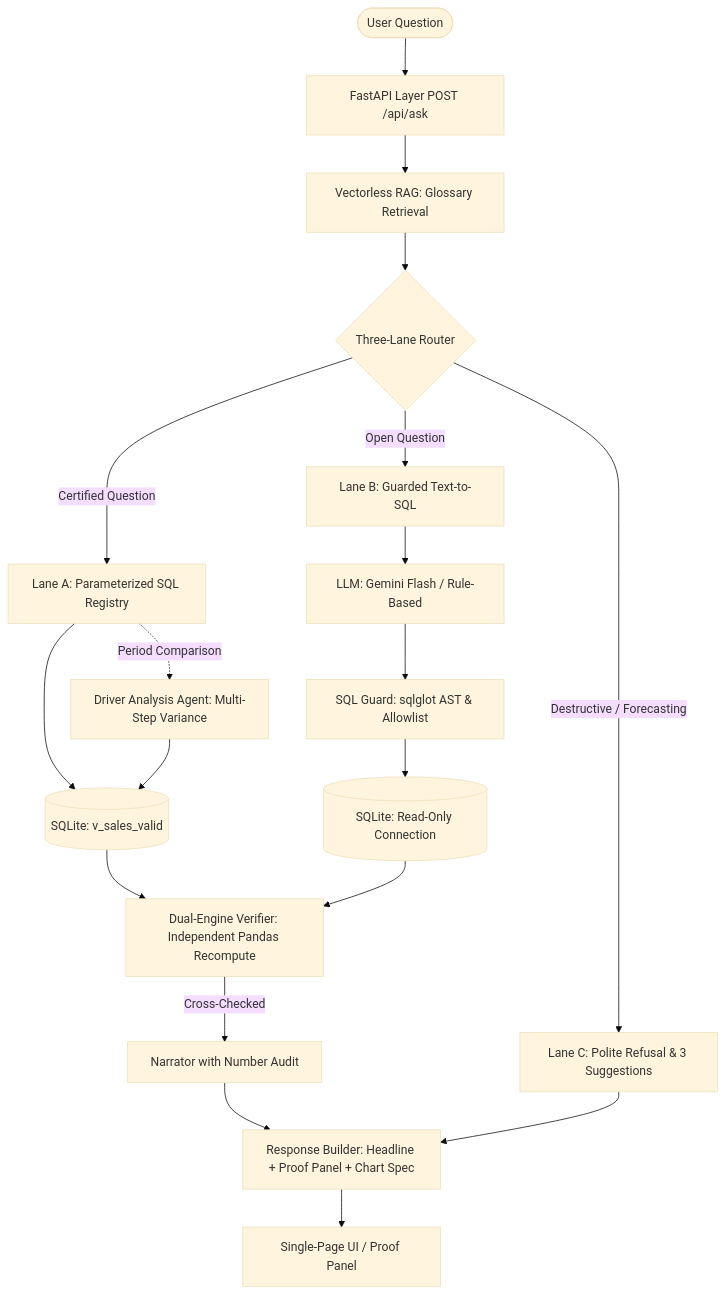
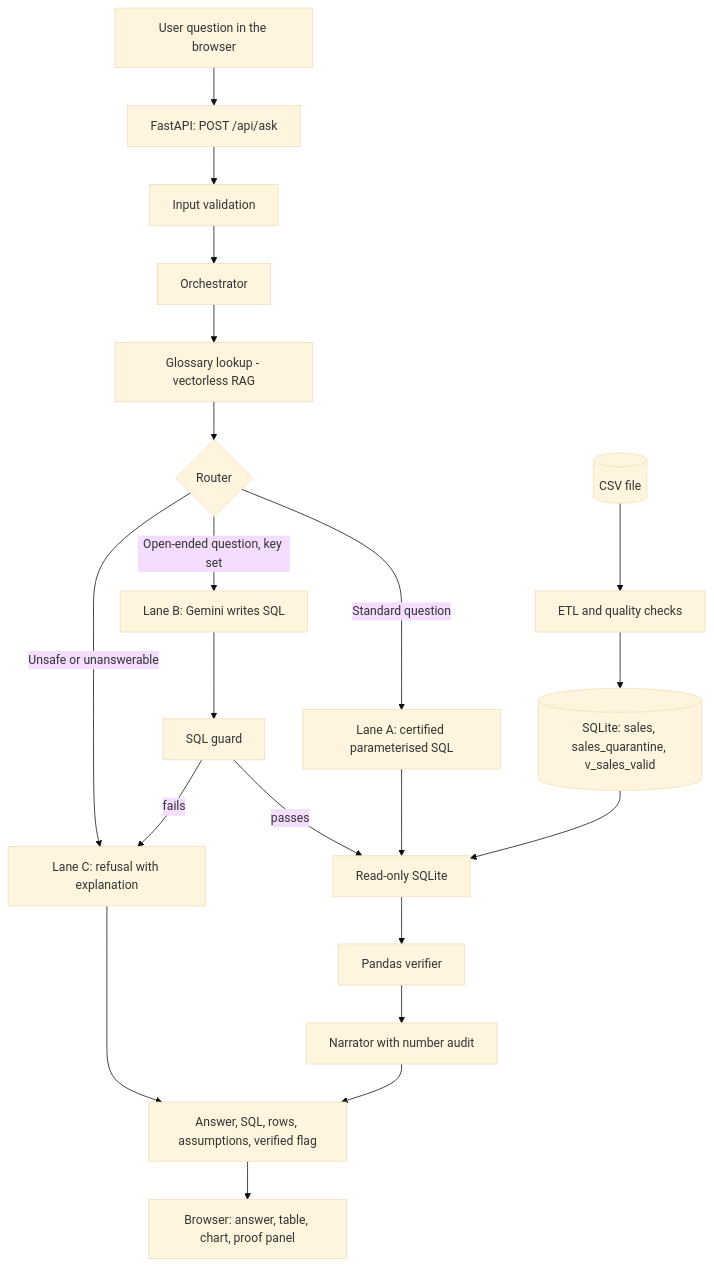
Before and after one commit to hasini-venisetti/sales-analytics-ai: the diagram in docs/ARCHITECTURE.md, drawn with Mermaid (base theme). The commit also changed other lines of this file and 3 other files, not shown here.

````diff
--- a/docs/ARCHITECTURE.md
+++ b/docs/ARCHITECTURE.md
@@ -14,31 +11,23 @@
 ```mermaid
 flowchart TD
-    User([User Question]) --> API[FastAPI Layer POST /api/ask]
-    API --> RAG[Vectorless RAG: Glossary Retrieval]
-    RAG --> Router{Three-Lane Router}
-
-    %% Lane A
-    Router -->|Certified Question| LaneA[Lane A: Parameterized SQL Registry]
-    LaneA --> SQLA[(SQLite: v_sales_valid)]
-
-    %% Lane B
-    Router -->|Open Question| LaneB[Lane B: Guarded Text-to-SQL]
-    LaneB --> LLM[LLM: Gemini Flash / Rule-Based]
-    LLM --> Guard[SQL Guard: sqlglot AST & Allowlist]
-    Guard --> SQLB[(SQLite: Read-Only Connection)]
-
-    %% Lane C
-    Router -->|Destructive / Forecasting| LaneC[Lane C: Polite Refusal & 3 Suggestions]
-
-    %% Verification & Driver Analysis
-    SQLA --> Verifier[Dual-Engine Verifier: Independent Pandas Recompute]
-    SQLB --> Verifier
-    LaneA -.->|Period Comparison| DriverAgent[Driver Analysis Agent: Multi-Step Variance]
-    DriverAgent --> SQLA
-
-    %% Synthesis
-    Verifier -->|Cross-Checked| Narrator[Narrator with Number Audit]
-    Narrator --> Response[Response Builder: Headline + Proof Panel + Chart Spec]
-    LaneC --> Response
-    Response --> UI[Single-Page UI / Proof Panel]
+    U[User question in the browser] --> API[FastAPI: POST /api/ask]
+    API --> V[Input validation]
+    V --> O[Orchestrator]
+    O --> G[Glossary lookup - vectorless RAG]
+    G --> R{Router}
+    R -->|Standard question| A[Lane A: certified parameterised SQL]
+    R -->|Open-ended question, key set| B[Lane B: Gemini writes SQL]
+    R -->|Unsafe or unanswerable| C[Lane C: refusal with explanation]
+    B --> S[SQL guard]
+    S -->|passes| X[Read-only SQLite]
+    S -->|fails| C
+    A --> X
+    X --> P[Pandas verifier]
+    P --> N[Narrator with number audit]
+    N --> RES[Answer, SQL, rows, assumptions, verified flag]
+    C --> RES
+    RES --> UI[Browser: answer, table, chart, proof panel]
+    CSV[(CSV file)] --> ETL[ETL and quality checks]
+    ETL --> DB[(SQLite: sales, sales_quarantine, v_sales_valid)]
+    DB --> X
 ```
````
